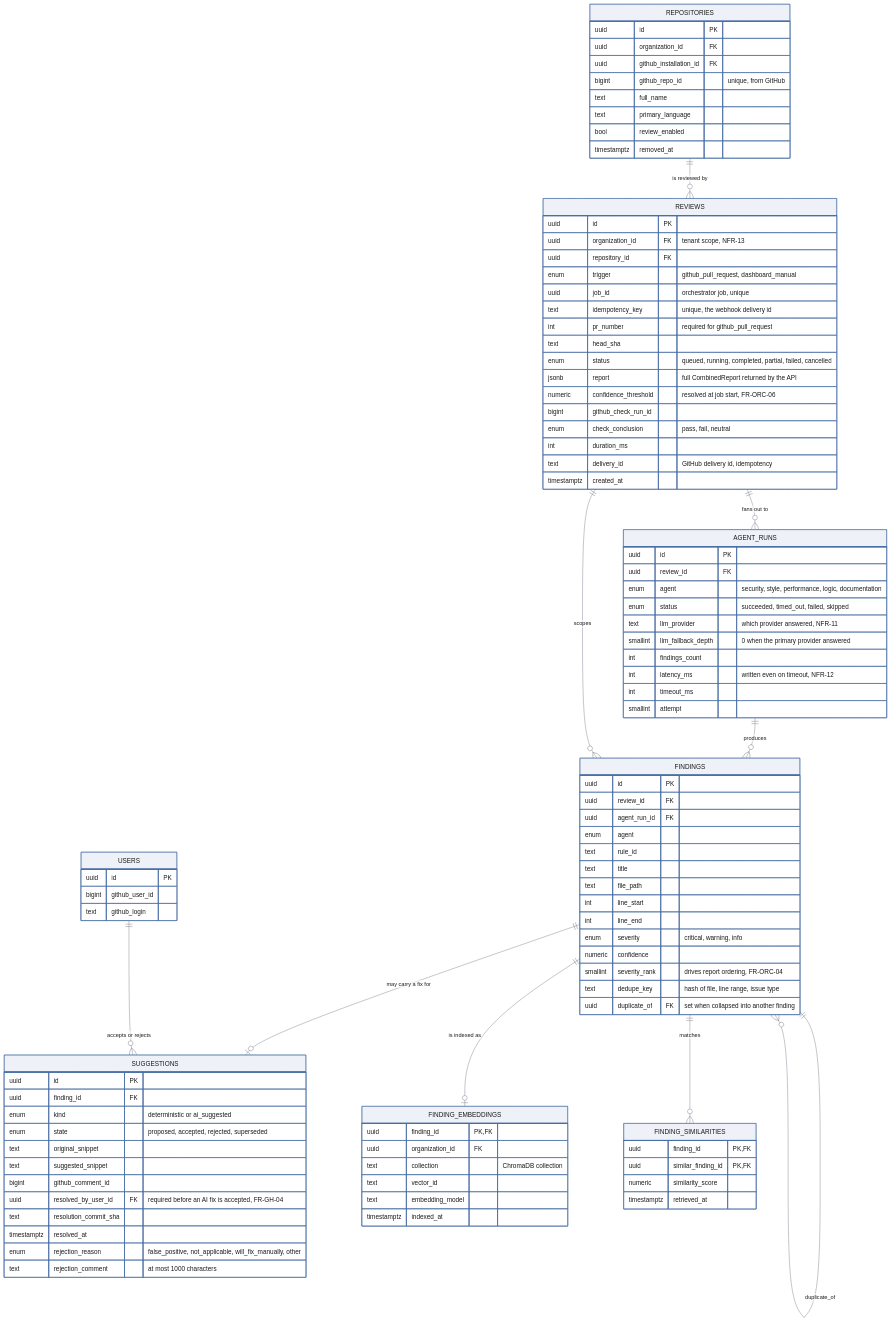
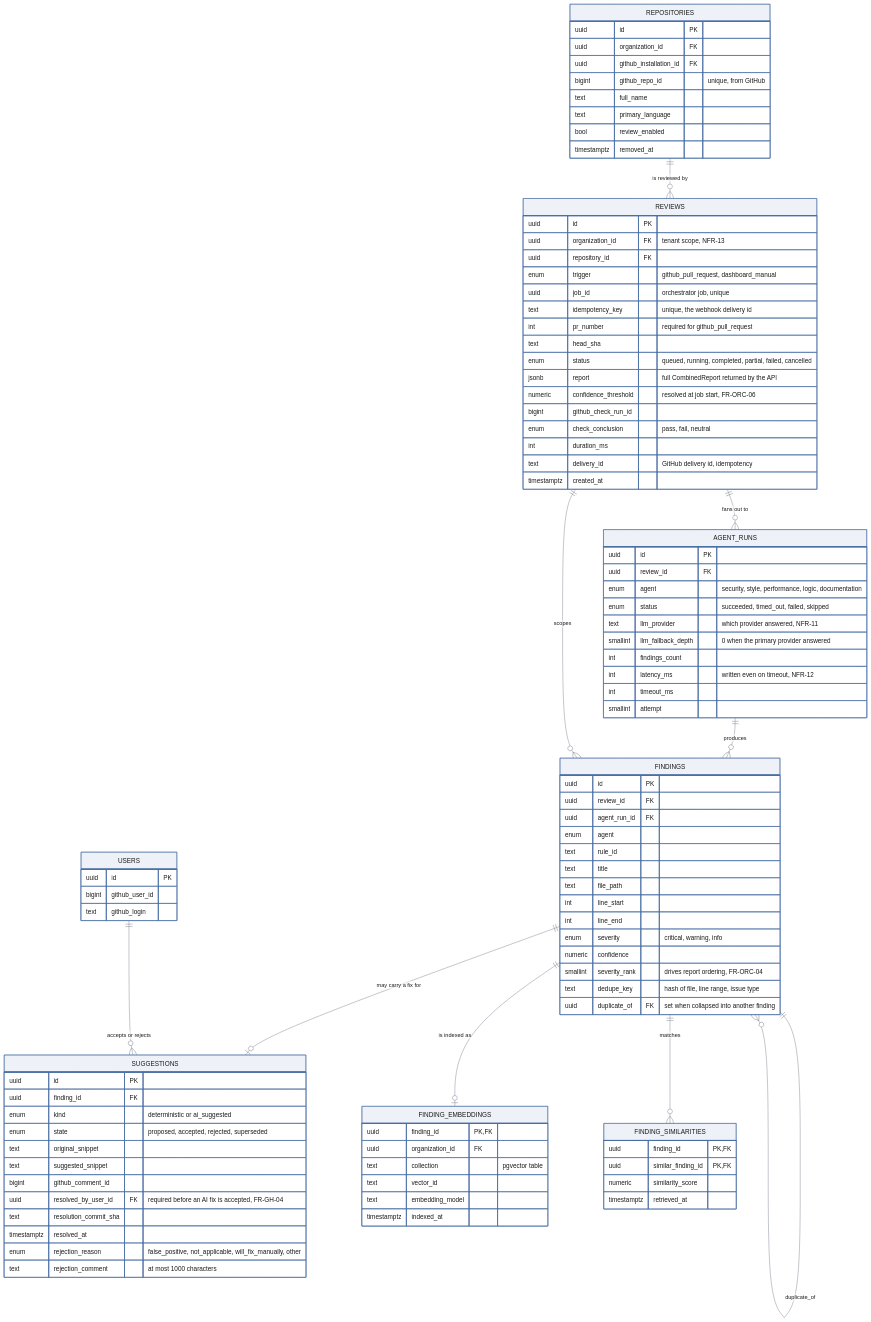
Before and after one commit to sumit-0804/CodeSentinel: the diagram in docs/design/diagrams/mermaid/er_core.mmd, drawn with Mermaid. The commit also changed 14 other files, not shown here.

```diff
--- a/docs/design/diagrams/mermaid/er_core.mmd
+++ b/docs/design/diagrams/mermaid/er_core.mmd
@@ -1,108 +1,108 @@
 %%{init: {"theme":"base","themeVariables":{"primaryColor":"#eef2f8","primaryBorderColor":"#4a6fa5","lineColor":"#6b7280","primaryTextColor":"#1a1a1a"}} }%%
 erDiagram
     REPOSITORIES  ||--o{ REVIEWS              : "is reviewed by"
     REVIEWS       ||--o{ AGENT_RUNS           : "fans out to"
     AGENT_RUNS    ||--o{ FINDINGS             : "produces"
     REVIEWS       ||--o{ FINDINGS             : "scopes"
     FINDINGS      ||--o| SUGGESTIONS          : "may carry a fix for"
     FINDINGS      ||--o| FINDING_EMBEDDINGS   : "is indexed as"
     FINDINGS      ||--o{ FINDING_SIMILARITIES : "matches"
     FINDINGS      ||--o{ FINDINGS             : "duplicate_of"
     USERS         ||--o{ SUGGESTIONS          : "accepts or rejects"
 
     REPOSITORIES {
         uuid   id                     PK
         uuid   organization_id        FK
         uuid   github_installation_id FK
         bigint github_repo_id         "unique, from GitHub"
         text   full_name
         text   primary_language
         bool   review_enabled
         timestamptz removed_at
     }
 
     REVIEWS {
         uuid        id                   PK
         uuid        organization_id      FK "tenant scope, NFR-13"
         uuid        repository_id        FK
         enum        trigger              "github_pull_request, dashboard_manual"
         uuid        job_id               "orchestrator job, unique"
         text        idempotency_key      "unique, the webhook delivery id"
         int         pr_number            "required for github_pull_request"
         text        head_sha
         enum        status               "queued, running, completed, partial, failed, cancelled"
         jsonb       report               "full CombinedReport returned by the API"
         numeric     confidence_threshold "resolved at job start, FR-ORC-06"
         bigint      github_check_run_id
         enum        check_conclusion     "pass, fail, neutral"
         int         duration_ms
         text        delivery_id          "GitHub delivery id, idempotency"
         timestamptz created_at
     }
 
     AGENT_RUNS {
         uuid        id                 PK
         uuid        review_id          FK
         enum        agent              "security, style, performance, logic, documentation"
         enum        status             "succeeded, timed_out, failed, skipped"
         text        llm_provider       "which provider answered, NFR-11"
         smallint    llm_fallback_depth "0 when the primary provider answered"
         int         findings_count
         int         latency_ms         "written even on timeout, NFR-12"
         int         timeout_ms
         smallint    attempt
     }
 
     FINDINGS {
         uuid     id            PK
         uuid     review_id     FK
         uuid     agent_run_id  FK
         enum     agent
         text     rule_id
         text     title
         text     file_path
         int      line_start
         int      line_end
         enum     severity      "critical, warning, info"
         numeric  confidence
         smallint severity_rank "drives report ordering, FR-ORC-04"
         text     dedupe_key    "hash of file, line range, issue type"
         uuid     duplicate_of  FK "set when collapsed into another finding"
     }
 
     SUGGESTIONS {
         uuid        id                    PK
         uuid        finding_id            FK
         enum        kind                  "deterministic or ai_suggested"
         enum        state                 "proposed, accepted, rejected, superseded"
         text        original_snippet
         text        suggested_snippet
         bigint      github_comment_id
         uuid        resolved_by_user_id   FK "required before an AI fix is accepted, FR-GH-04"
         text        resolution_commit_sha
         timestamptz resolved_at
         enum        rejection_reason      "false_positive, not_applicable, will_fix_manually, other"
         text        rejection_comment     "at most 1000 characters"
     }
 
     FINDING_EMBEDDINGS {
         uuid        finding_id      PK, FK
         uuid        organization_id FK
-        text        collection      "ChromaDB collection"
+        text        collection      "pgvector table"
         text        vector_id
         text        embedding_model
         timestamptz indexed_at
     }
 
     FINDING_SIMILARITIES {
         uuid        finding_id         PK, FK
         uuid        similar_finding_id PK, FK
         numeric     similarity_score
         timestamptz retrieved_at
     }
 
     USERS {
         uuid   id           PK
         bigint github_user_id
         text   github_login
     }
```
